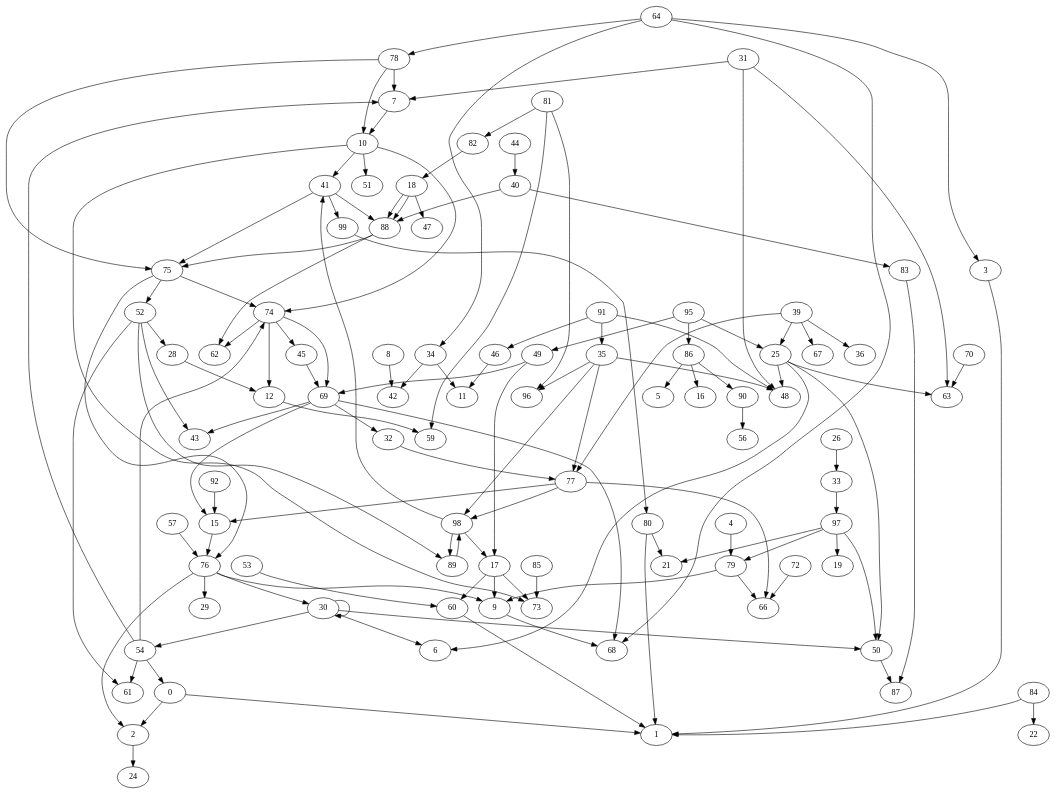
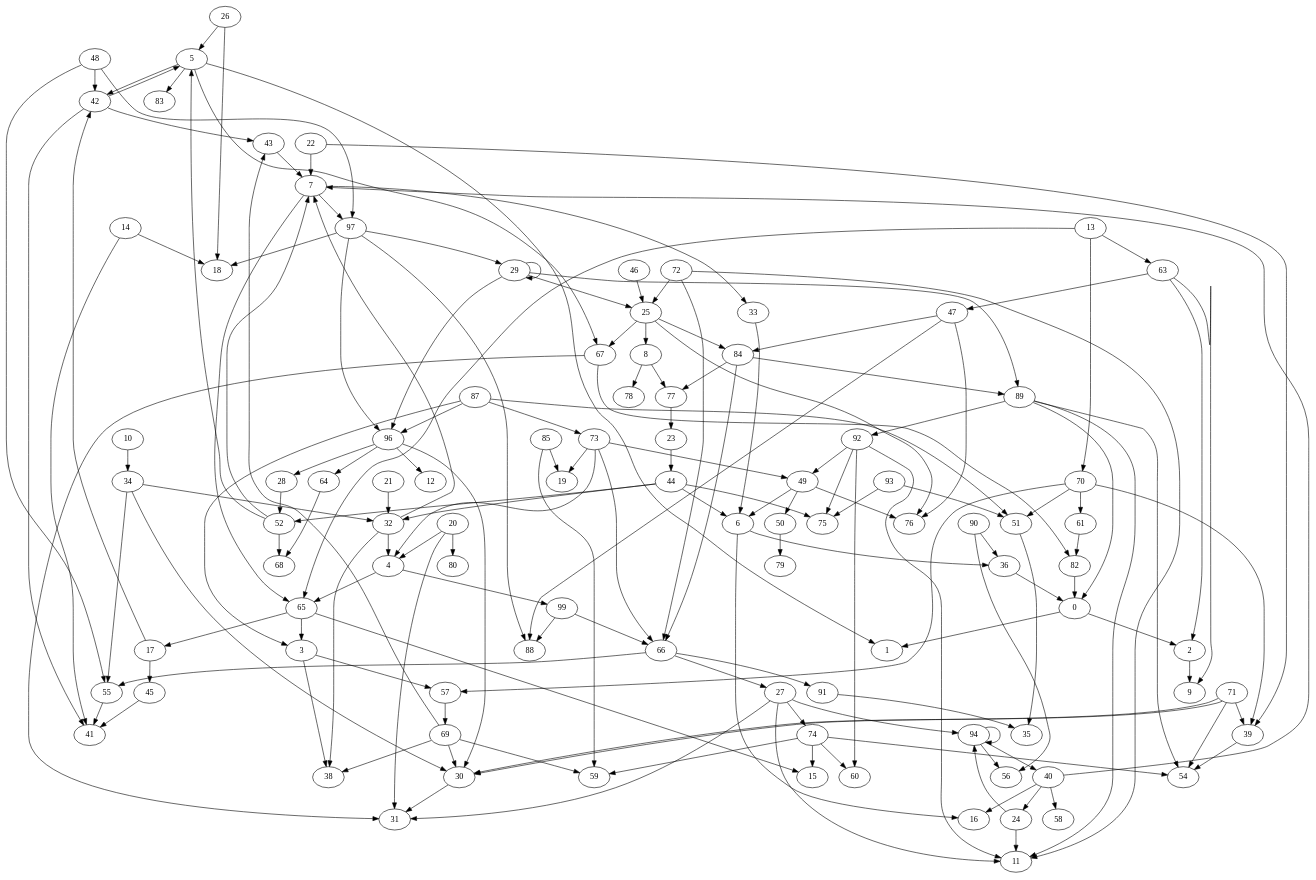
One commit to mat10tng/edan25 changed the diagram in lab4/live/cfg.dot. Above: the diagram before and after it, drawn with Graphviz. The commit also changed 5 other files, not shown here.

```diff
--- a/lab4/live/cfg.dot
+++ b/lab4/live/cfg.dot
@@ -1,129 +1,164 @@
 digraph cfg {
 0 -> { 1 2 }
-2 -> { 24 }
-3 -> { 1 }
-4 -> { 79 }
-7 -> { 10 }
-8 -> { 42 }
-9 -> { 68 }
-10 -> { 73 }
-10 -> { 41 }
-10 -> { 51 }
-10 -> { 74 }
-12 -> { 59 }
-15 -> { 76 }
-17 -> { 73 }
-17 -> { 9 }
-17 -> { 60 }
-18 -> { 88 }
-18 -> { 47 }
-18 -> { 88 }
-25 -> { 63 }
-25 -> { 6 }
-25 -> { 48 }
-25 -> { 50 }
-26 -> { 33 }
-28 -> { 12 }
-30 -> { 50 }
-30 -> { 54 }
-30 -> { 30 }
-30 -> { 6 }
-31 -> { 7 }
-31 -> { 48 }
-31 -> { 63 }
-32 -> { 77 }
-33 -> { 97 }
-34 -> { 11 }
-34 -> { 42 }
-35 -> { 77 }
-35 -> { 98 }
-35 -> { 96 }
-35 -> { 48 }
-39 -> { 77 }
-39 -> { 25 }
-39 -> { 67 }
-39 -> { 36 }
-40 -> { 83 }
-40 -> { 88 }
-41 -> { 99 }
-41 -> { 88 }
-41 -> { 75 }
-44 -> { 40 }
-45 -> { 69 }
-46 -> { 11 }
-49 -> { 17 }
-49 -> { 69 }
-50 -> { 87 }
-52 -> { 43 }
-52 -> { 28 }
-52 -> { 89 }
-52 -> { 61 }
-53 -> { 60 }
-54 -> { 74 }
-54 -> { 0 }
-54 -> { 7 }
-54 -> { 61 }
-57 -> { 76 }
-60 -> { 1 }
+2 -> { 9 }
+3 -> { 38 }
+3 -> { 57 }
+4 -> { 99 }
+4 -> { 65 }
+5 -> { 83 }
+5 -> { 1 }
+5 -> { 67 }
+5 -> { 42 }
+6 -> { 36 }
+6 -> { 16 }
+7 -> { 97 }
+7 -> { 65 }
+7 -> { 33 }
+8 -> { 78 }
+8 -> { 77 }
+10 -> { 34 }
+13 -> { 65 }
+13 -> { 70 }
+13 -> { 63 }
+14 -> { 18 }
+14 -> { 41 }
+17 -> { 45 }
+17 -> { 42 }
+20 -> { 4 }
+20 -> { 31 }
+20 -> { 80 }
+21 -> { 32 }
+22 -> { 39 }
+22 -> { 7 }
+23 -> { 44 }
+24 -> { 94 }
+24 -> { 11 }
+25 -> { 67 }
+25 -> { 8 }
+25 -> { 76 }
+25 -> { 84 }
+26 -> { 18 }
+26 -> { 5 }
+27 -> { 11 }
+27 -> { 74 }
+27 -> { 94 }
+27 -> { 31 }
+28 -> { 52 }
+29 -> { 96 }
+29 -> { 29 }
+29 -> { 89 }
+29 -> { 25 }
+30 -> { 31 }
+32 -> { 38 }
+32 -> { 4 }
+32 -> { 7 }
+33 -> { 6 }
+34 -> { 32 }
+34 -> { 30 }
+34 -> { 55 }
+36 -> { 0 }
+39 -> { 54 }
+40 -> { 7 }
+40 -> { 16 }
+40 -> { 58 }
+40 -> { 24 }
+42 -> { 5 }
+42 -> { 41 }
+42 -> { 43 }
+43 -> { 7 }
+44 -> { 75 }
+44 -> { 32 }
+44 -> { 52 }
+44 -> { 6 }
+45 -> { 41 }
+46 -> { 25 }
+47 -> { 88 }
+47 -> { 76 }
+47 -> { 84 }
+48 -> { 42 }
+48 -> { 97 }
+48 -> { 55 }
+49 -> { 76 }
+49 -> { 50 }
+49 -> { 6 }
+50 -> { 79 }
+51 -> { 35 }
+52 -> { 5 }
+52 -> { 68 }
+52 -> { 7 }
+55 -> { 41 }
+57 -> { 69 }
+61 -> { 82 }
+63 -> { 47 }
+63 -> { 2 }
+63 -> { 9 }
 64 -> { 68 }
-64 -> { 3 }
-64 -> { 34 }
-64 -> { 78 }
-69 -> { 15 }
+65 -> { 3 }
+65 -> { 17 }
+65 -> { 15 }
+66 -> { 55 }
+66 -> { 27 }
+66 -> { 91 }
+67 -> { 82 }
+67 -> { 31 }
+69 -> { 38 }
 69 -> { 43 }
-69 -> { 32 }
-69 -> { 68 }
-70 -> { 63 }
+69 -> { 30 }
+69 -> { 59 }
+70 -> { 51 }
+70 -> { 57 }
+70 -> { 61 }
+70 -> { 39 }
+71 -> { 39 }
+71 -> { 30 }
+71 -> { 54 }
+71 -> { 30 }
+72 -> { 11 }
 72 -> { 66 }
-74 -> { 45 }
-74 -> { 69 }
-74 -> { 62 }
-74 -> { 12 }
-75 -> { 74 }
-75 -> { 76 }
-75 -> { 52 }
-76 -> { 2 }
-76 -> { 30 }
-76 -> { 29 }
-76 -> { 9 }
-77 -> { 98 }
-77 -> { 15 }
-77 -> { 66 }
-78 -> { 10 }
-78 -> { 7 }
-78 -> { 75 }
-79 -> { 66 }
-79 -> { 9 }
-80 -> { 21 }
-80 -> { 1 }
-81 -> { 82 }
-81 -> { 96 }
-81 -> { 59 }
-82 -> { 18 }
-83 -> { 87 }
-84 -> { 22 }
-84 -> { 1 }
-85 -> { 73 }
-86 -> { 16 }
-86 -> { 90 }
-86 -> { 5 }
-88 -> { 62 }
-88 -> { 75 }
-89 -> { 98 }
+72 -> { 25 }
+73 -> { 49 }
+73 -> { 4 }
+73 -> { 66 }
+73 -> { 19 }
+74 -> { 60 }
+74 -> { 59 }
+74 -> { 54 }
+74 -> { 15 }
+77 -> { 23 }
+82 -> { 0 }
+84 -> { 66 }
+84 -> { 77 }
+84 -> { 89 }
+85 -> { 59 }
+85 -> { 19 }
+87 -> { 73 }
+87 -> { 51 }
+87 -> { 3 }
+87 -> { 96 }
+89 -> { 0 }
+89 -> { 11 }
+89 -> { 54 }
+89 -> { 92 }
+90 -> { 36 }
 90 -> { 56 }
 91 -> { 35 }
-91 -> { 46 }
-91 -> { 48 }
-92 -> { 15 }
-95 -> { 25 }
-95 -> { 49 }
-95 -> { 86 }
-97 -> { 50 }
-97 -> { 79 }
-97 -> { 19 }
-97 -> { 21 }
-98 -> { 89 }
-98 -> { 41 }
-98 -> { 17 }
-99 -> { 80 }
+92 -> { 60 }
+92 -> { 75 }
+92 -> { 49 }
+92 -> { 11 }
+93 -> { 75 }
+93 -> { 51 }
+94 -> { 40 }
+94 -> { 94 }
+94 -> { 56 }
+96 -> { 12 }
+96 -> { 64 }
+96 -> { 30 }
+96 -> { 28 }
+97 -> { 88 }
+97 -> { 29 }
+97 -> { 18 }
+97 -> { 96 }
+99 -> { 66 }
+99 -> { 88 }
 }
```
